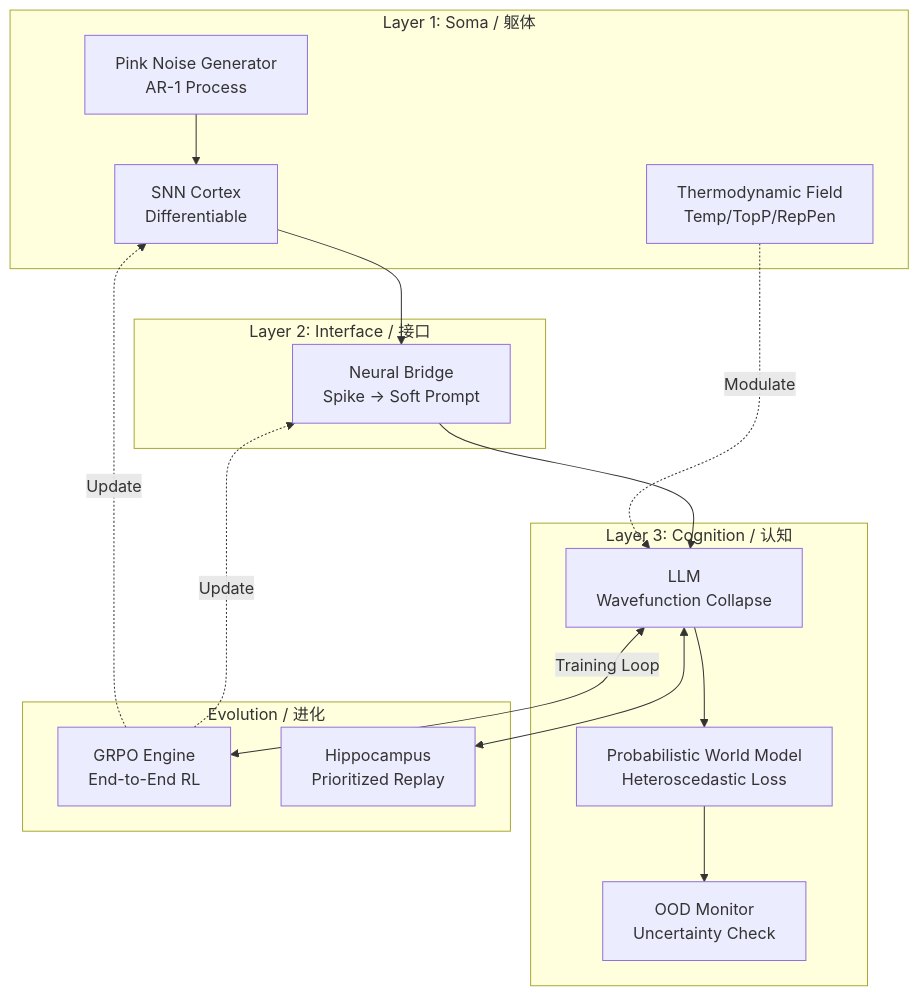
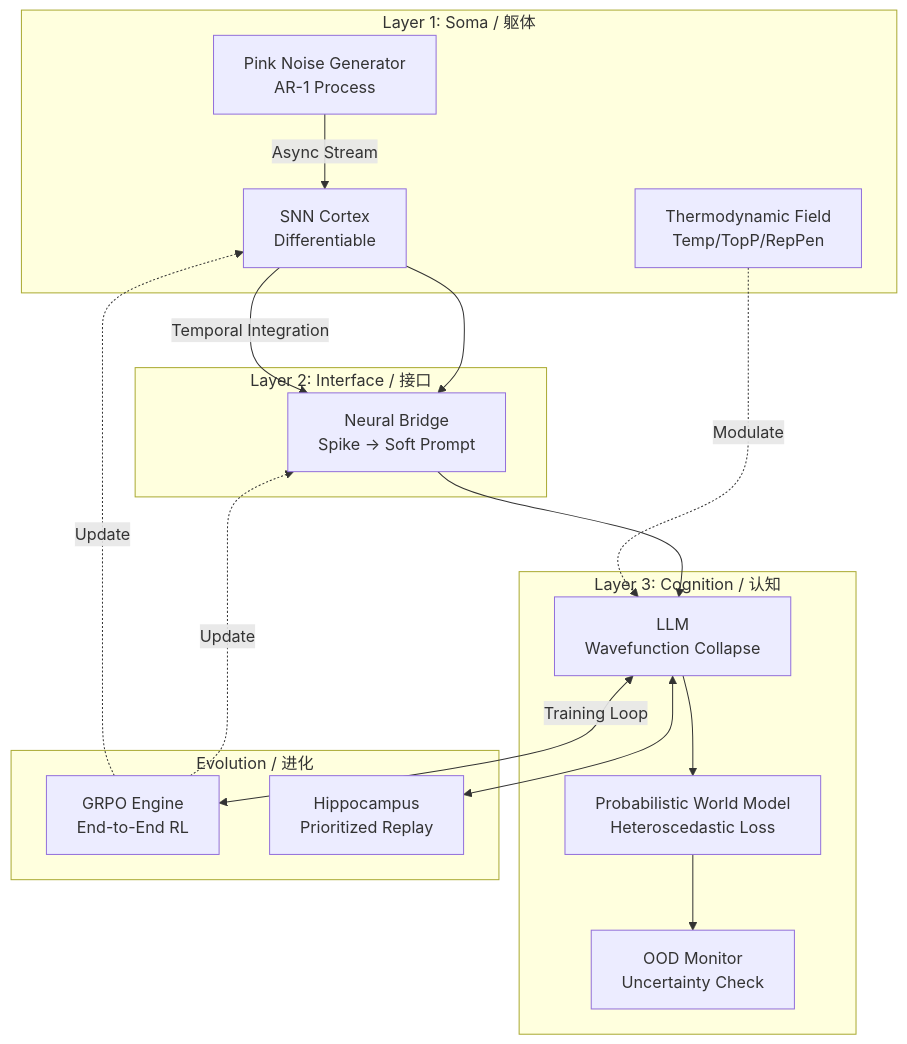
The diagram in README.md (waylliam1988/Nezha-AGI), drawn with Mermaid before and after one commit. The commit also changed other lines of this file and 1 other file, not shown here.

````diff
--- a/README.md
+++ b/README.md
@@ -59,38 +63,39 @@
 ```mermaid
 graph TD
     subgraph Layer1_Soma [Layer 1: Soma / 躯体]
         Noise[Pink Noise Generator<br>AR-1 Process]
         SNN[SNN Cortex<br>Differentiable]
         Hormones[Thermodynamic Field<br>Temp/TopP/RepPen]
     end
 
     subgraph Layer2_Interface [Layer 2: Interface / 接口]
         VAE[Neural Bridge<br>Spike -> Soft Prompt]
     end
 
     subgraph Layer3_Cognition [Layer 3: Cognition / 认知]
         LLM[LLM<br>Wavefunction Collapse]
         WorldModel[Probabilistic World Model<br>Heteroscedastic Loss]
         Metacognition[OOD Monitor<br>Uncertainty Check]
     end
 
     subgraph Evolution [Evolution / 进化]
         GRPO[GRPO Engine<br>End-to-End RL]
         PER[Hippocampus<br>Prioritized Replay]
     end
 
-    Noise --> SNN
+    Noise -->|Async Stream| SNN
+    SNN -->|Temporal Integration| VAE
     Hormones -.->|Modulate| LLM
     SNN --> VAE
     VAE --> LLM
     
     LLM --> WorldModel
     WorldModel --> Metacognition
     
     LLM <-->|Training Loop| GRPO
     GRPO -.->|Update| SNN
     GRPO -.->|Update| VAE
     
     LLM <--> PER
 
 ```
````
